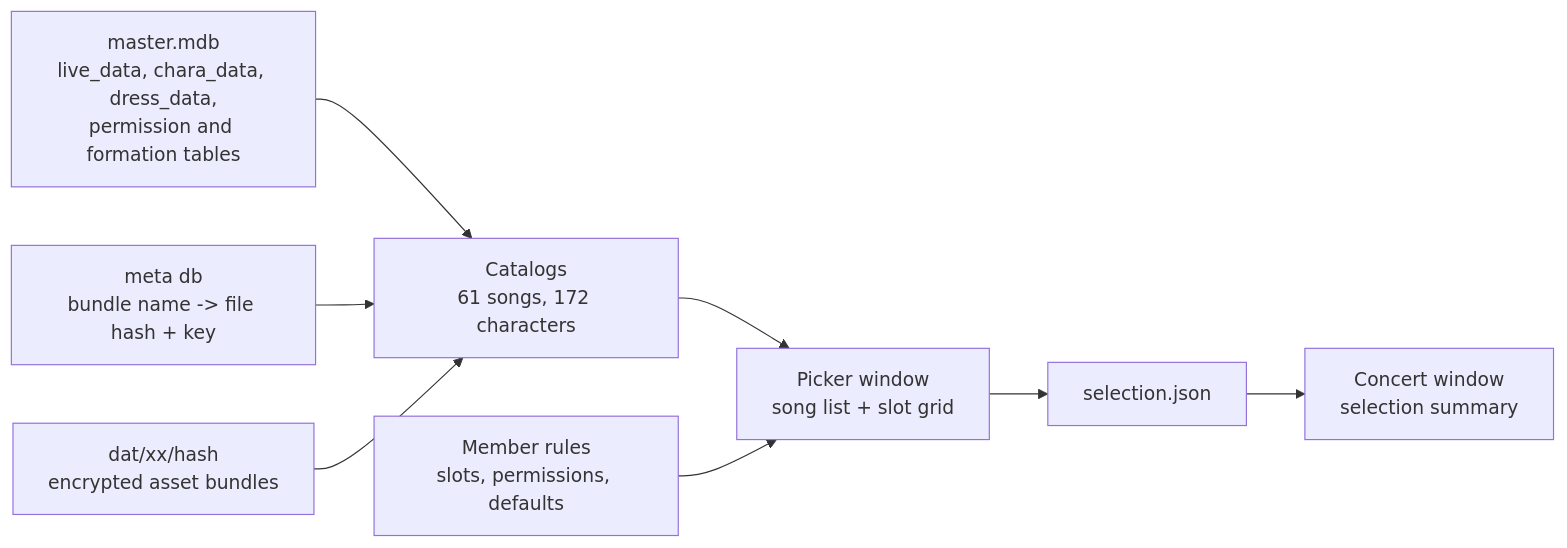
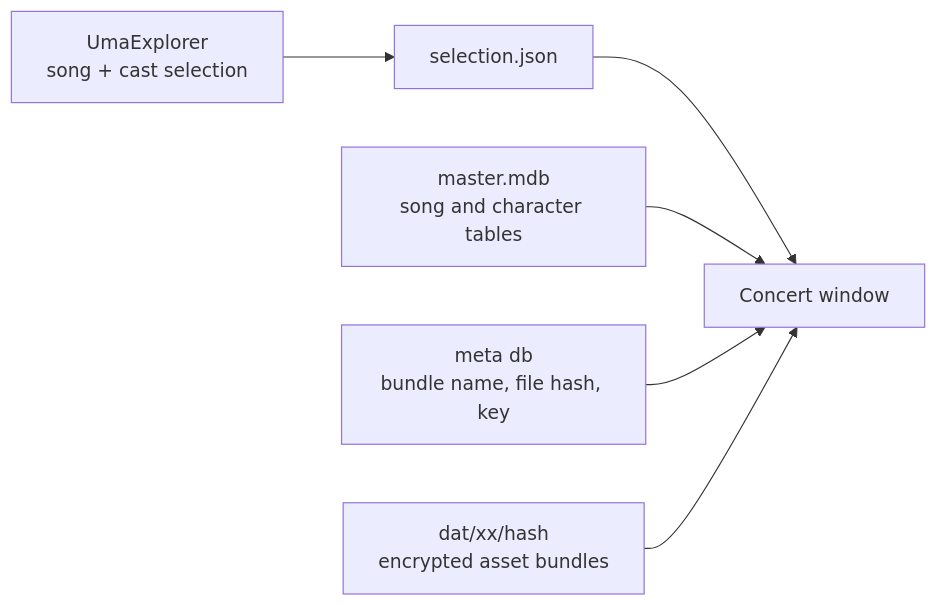
One commit to totallynotbrent/UV2 changed the diagram in README.md. Above: the diagram before and after it, drawn with Mermaid. The commit also changed other lines of this file and 12 other files, not shown here.

Commit message:
strip the unity picker, the explorer is the front end now

````diff
--- a/README.md
+++ b/README.md
@@ -47,19 +45,14 @@
 ```mermaid
 flowchart LR
-    master[master.mdb<br/>live_data, chara_data, dress_data,<br/>permission and formation tables]
-    meta[meta db<br/>bundle name -> file hash + key]
+    explorer[UmaExplorer<br/>song + cast selection]
+    json[selection.json]
+    master[master.mdb<br/>song and character tables]
+    meta[meta db<br/>bundle name, file hash, key]
     dat[dat/xx/hash<br/>encrypted asset bundles]
-    catalog[Catalogs<br/>61 songs, 172 characters]
-    rules[Member rules<br/>slots, permissions, defaults]
-    picker[Picker window<br/>song list + slot grid]
-    concert[Concert window<br/>selection summary]
-    json[selection.json]
+    concert[Concert window]
 
-    master --> catalog
-    meta --> catalog
-    dat --> catalog
-    catalog --> picker
-    rules --> picker
-    picker --> json
-    json --> concert
+    explorer --> json --> concert
+    master --> concert
+    meta --> concert
+    dat --> concert
 ```
````
